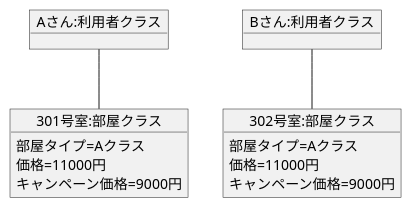
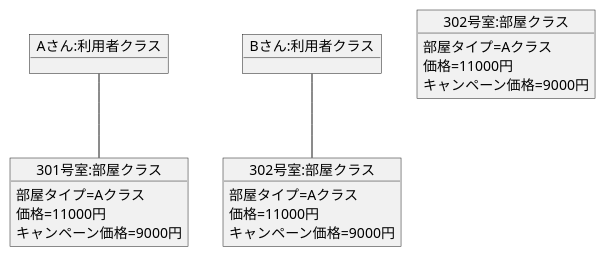
Before and after one commit to Skypeace8585/uml-introduction: the diagram in 演習3-5_OBJ_ホテル宿泊予約.pu, drawn with PlantUML. The commit also changed 1 other file, not shown here.

```diff
--- a/演習3-5_OBJ_ホテル宿泊予約.pu
+++ b/演習3-5_OBJ_ホテル宿泊予約.pu
@@ -1,20 +1,25 @@
 @startuml 3-5
 object "Aさん:利用者クラス" as Aさん{
 
 }
 object "Bさん:利用者クラス" as Bさん{
 
 }
 object "301号室:部屋クラス" as 301号室{
     部屋タイプ=Aクラス
     価格=11000円
     キャンペーン価格=9000円
 }
 object "302号室:部屋クラス" as 302号室{
     部屋タイプ=Aクラス
     価格=11000円
     キャンペーン価格=9000円
 }
+object "302号室:部屋クラス" as 303号室{
+    部屋タイプ=Aクラス
+    価格=11000円
+    キャンペーン価格=9000円
+}
 Aさん--301号室
 Bさん--302号室
 @enduml
```
